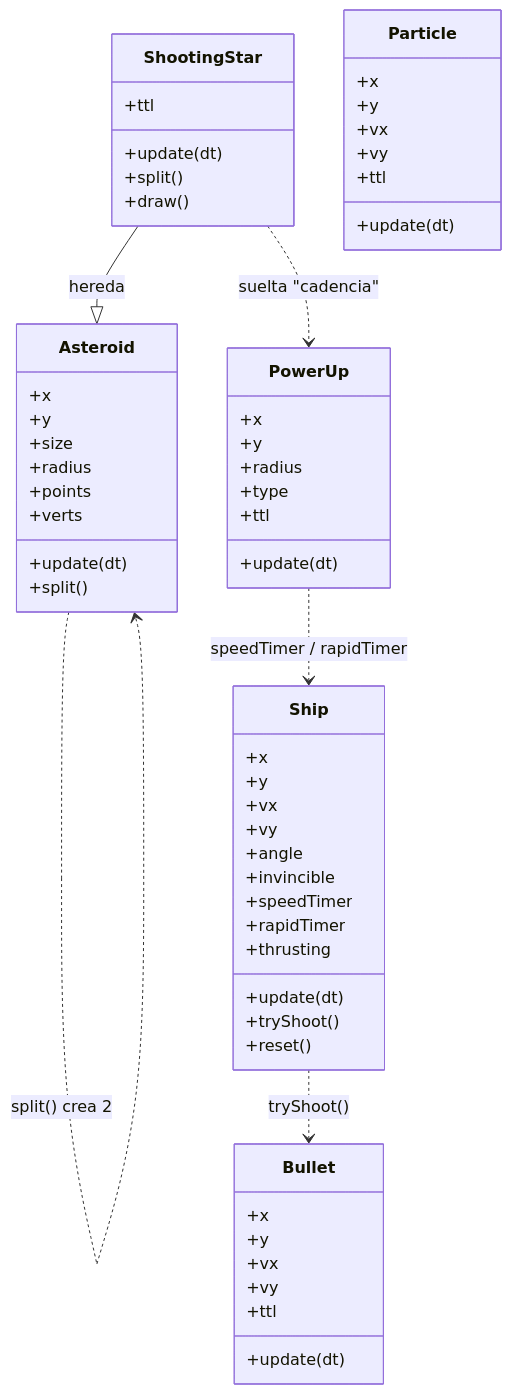
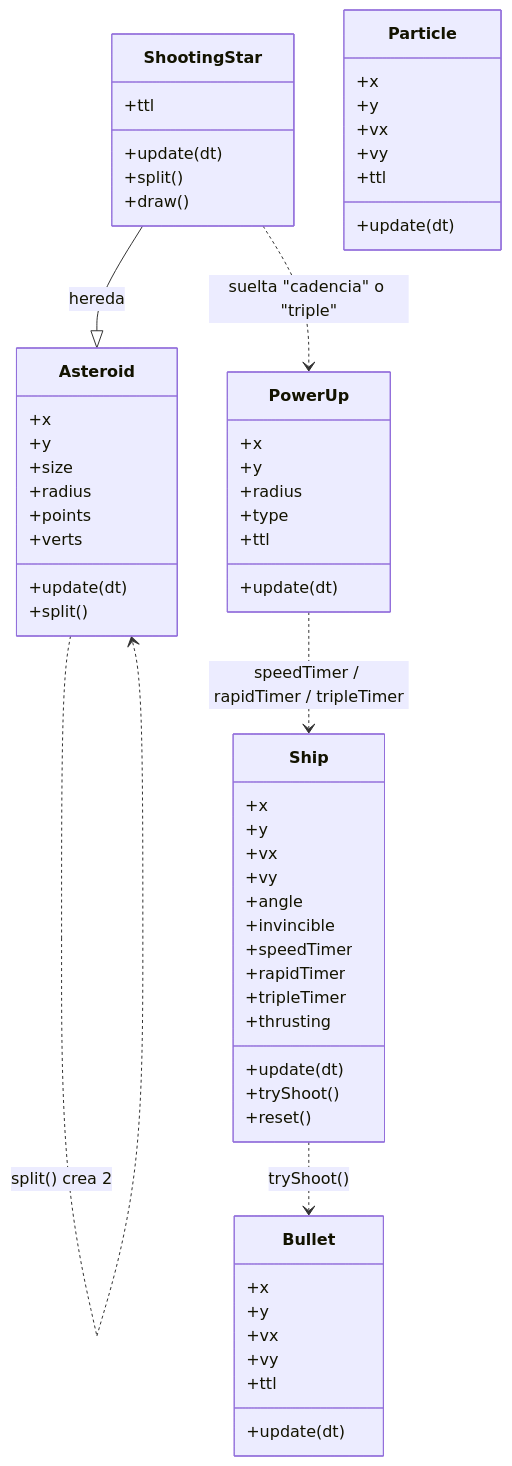
Before and after one commit to dalwork/opencode-asteroids: the fourth of 5 diagrams in ARCHITECTURE.md, drawn with Mermaid. The commit also changed other lines of this file and 3 other files, not shown here.

Commit message:
power-up de disparo triple

````diff
--- a/ARCHITECTURE.md
+++ b/ARCHITECTURE.md
@@ -99,62 +99,63 @@
 ```mermaid
 classDiagram
     class Ship {
       +x
       +y
       +vx
       +vy
       +angle
       +invincible
       +speedTimer
       +rapidTimer
+      +tripleTimer
       +thrusting
       +update(dt)
       +tryShoot()
       +reset()
     }
     class Bullet {
       +x
       +y
       +vx
       +vy
       +ttl
       +update(dt)
     }
     class Asteroid {
       +x
       +y
       +size
       +radius
       +points
       +verts
       +update(dt)
       +split()
     }
     class ShootingStar {
       +ttl
       +update(dt)
       +split()
       +draw()
     }
     class Particle {
       +x
       +y
       +vx
       +vy
       +ttl
       +update(dt)
     }
     class PowerUp {
       +x
       +y
       +radius
       +type
       +ttl
       +update(dt)
     }
     Ship ..> Bullet : tryShoot()
     Asteroid ..> Asteroid : split() crea 2
     ShootingStar --|> Asteroid : hereda
-    ShootingStar ..> PowerUp : suelta "cadencia"
-    PowerUp ..> Ship : speedTimer / rapidTimer
+    ShootingStar ..> PowerUp : suelta "cadencia" o "triple"
+    PowerUp ..> Ship : speedTimer / rapidTimer / tripleTimer
 ```
````
